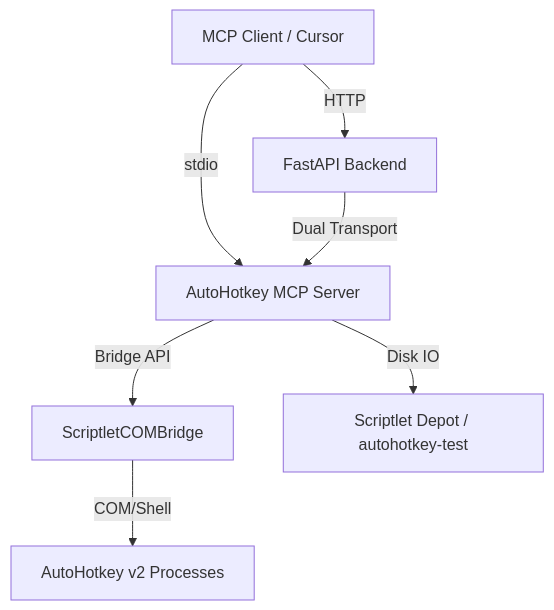
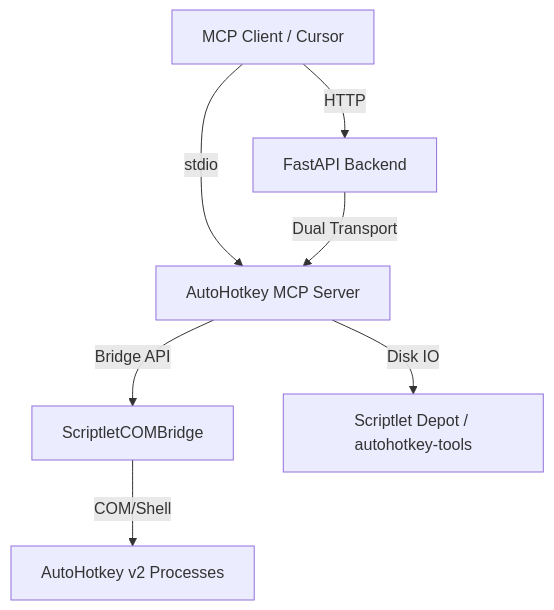
Before and after one commit to sandraschi/autohotkey-mcp: the diagram in docs/ARCHITECTURE.md, drawn with Mermaid. The commit also changed other lines of this file and 4 other files, not shown here.

First line of the commit message:
docs: rename autohotkey-test -> autohotkey-tools (batch 3/4)

````diff
--- a/docs/ARCHITECTURE.md
+++ b/docs/ARCHITECTURE.md
@@ -9,9 +9,9 @@
 ```mermaid
 graph TD
     Client[MCP Client / Cursor] -->|stdio| Server[AutoHotkey MCP Server]
     Client -->|HTTP| Backend[FastAPI Backend]
     Server -->|Bridge API| COMBridge[ScriptletCOMBridge]
     COMBridge -->|COM/Shell| AHK[AutoHotkey v2 Processes]
-    Server -->|Disk IO| Depot[Scriptlet Depot / autohotkey-test]
+    Server -->|Disk IO| Depot[Scriptlet Depot / autohotkey-tools]
     Backend -->|Dual Transport| Server
 ```
````
